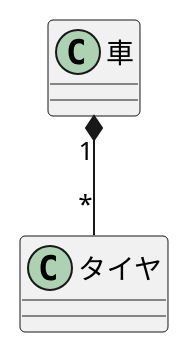
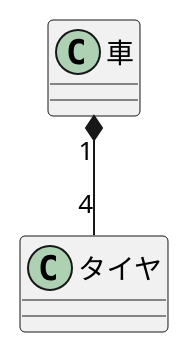
The diagram in 演習3-4_クラス図.pu (koha0516/uml-introduction), drawn with PlantUML before and after one commit. The commit also changed 1 other file, not shown here.

```diff
--- a/演習3-4_クラス図.pu
+++ b/演習3-4_クラス図.pu
@@ -1,9 +1,9 @@
 @startuml 演習3-3
 class "車" as car {
 
 }
 class "タイヤ" as ti{
 
 }
-car "1"*--"*" ti
+car "1"*--"4" ti
 @enduml
```
